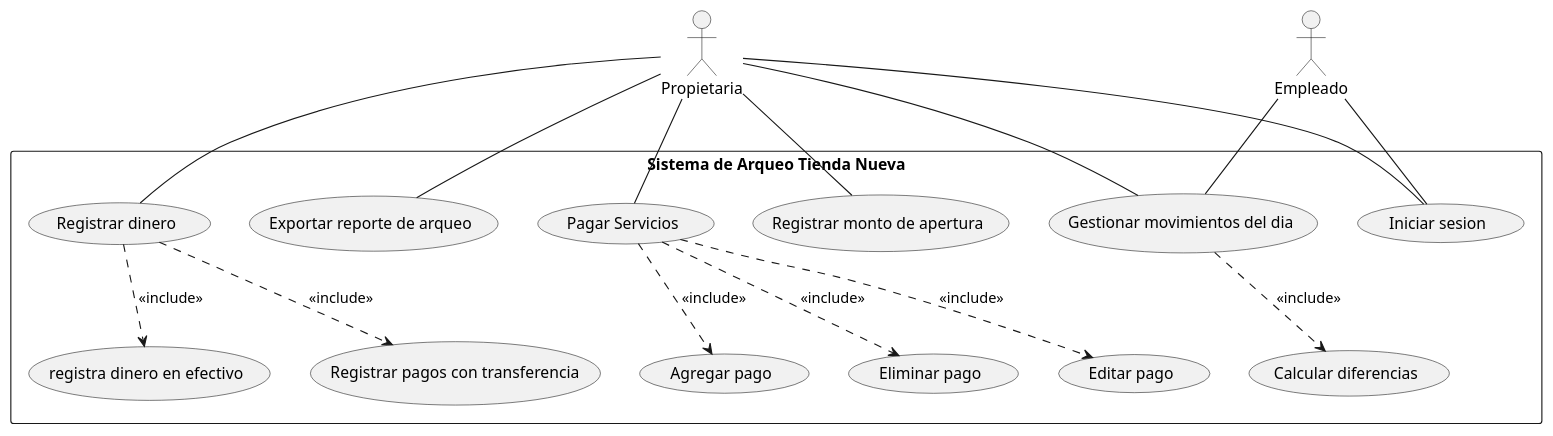
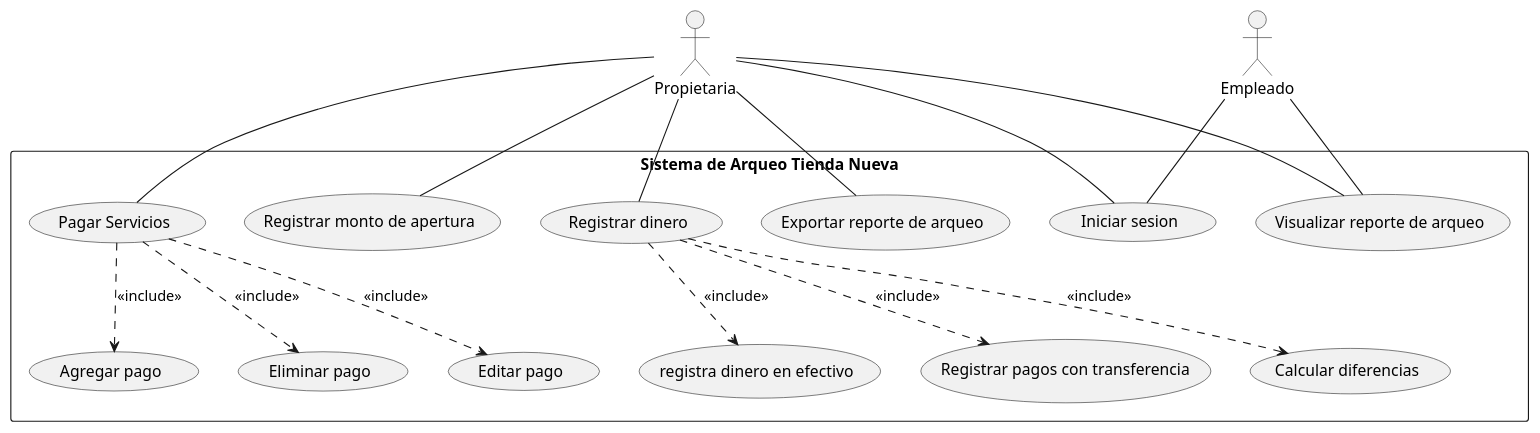
One commit to DmS0509/Casos-de-Uso changed the diagram in out/CasosDeUso/arqueo.puml. Above: the diagram before and after it, drawn with PlantUML. The commit also changed 4 other files, not shown here.

Commit message:
Se realizan cambios a los diagramas en base a lo discutido en la primera reunion

```diff
--- a/out/CasosDeUso/arqueo.puml
+++ b/out/CasosDeUso/arqueo.puml
@@ -1,49 +1,49 @@
 @startuml Arqueo Diario
 
 'title Arqueo Diario
 
 'Definicion de actores
 actor Propietaria
 actor Empleado
 
 'Definicion del sistema
 rectangle "Sistema de Arqueo Tienda Nueva"{
 
     usecase "Iniciar sesion" as UC_IniciarSesion
     usecase "Registrar monto de apertura" as UC_RegistrarApertura
-    usecase "Gestionar movimientos del dia" as UC_GestionarMovimientos
     usecase "Registrar dinero" as UC_RegistrarDinero
     usecase "registra dinero en efectivo" as UC_RegistrarEfectivo
     usecase "Registrar pagos con transferencia" as UC_RegistrarTransferencia
     usecase "Calcular diferencias" as UC_CalcularDiferencias
     usecase "Exportar reporte de arqueo" as UC_ExportarReporte
     usecase "Pagar Servicios" as UC_PagarServicios
     usecase "Agregar pago" as UC_AgregarPago
     usecase "Eliminar pago" as UC_EliminarPago
     usecase "Editar pago" as UC_EditarPago
+    usecase "Visualizar reporte de arqueo" as UC_VisualizarReporte
 }
 
 Propietaria -- UC_IniciarSesion
 Propietaria -- UC_RegistrarApertura
-Propietaria -- UC_GestionarMovimientos
 Propietaria -- UC_RegistrarDinero
 Propietaria -- UC_ExportarReporte
 Propietaria -- UC_PagarServicios
+Propietaria -- UC_VisualizarReporte
 
 UC_RegistrarDinero ..> UC_RegistrarEfectivo : <<include>>
 UC_RegistrarDinero ..> UC_RegistrarTransferencia : <<include>>
-UC_GestionarMovimientos ..> UC_CalcularDiferencias : <<include>>
+UC_RegistrarDinero ..> UC_CalcularDiferencias : <<include>>
 
 UC_PagarServicios ..> UC_AgregarPago : <<include>>
 UC_PagarServicios ..> UC_EliminarPago : <<include>>
 UC_PagarServicios ..> UC_EditarPago : <<include>>
 
 Empleado -- UC_IniciarSesion
+Empleado -- UC_VisualizarReporte
 'Empleado -- UC_RegistrarApertura
-Empleado -- UC_GestionarMovimientos
 'Empleado -- UC_RegistrarDinero
 'Empleado -- UC_ExportarReporte
 
 
 
 @enduml
```
